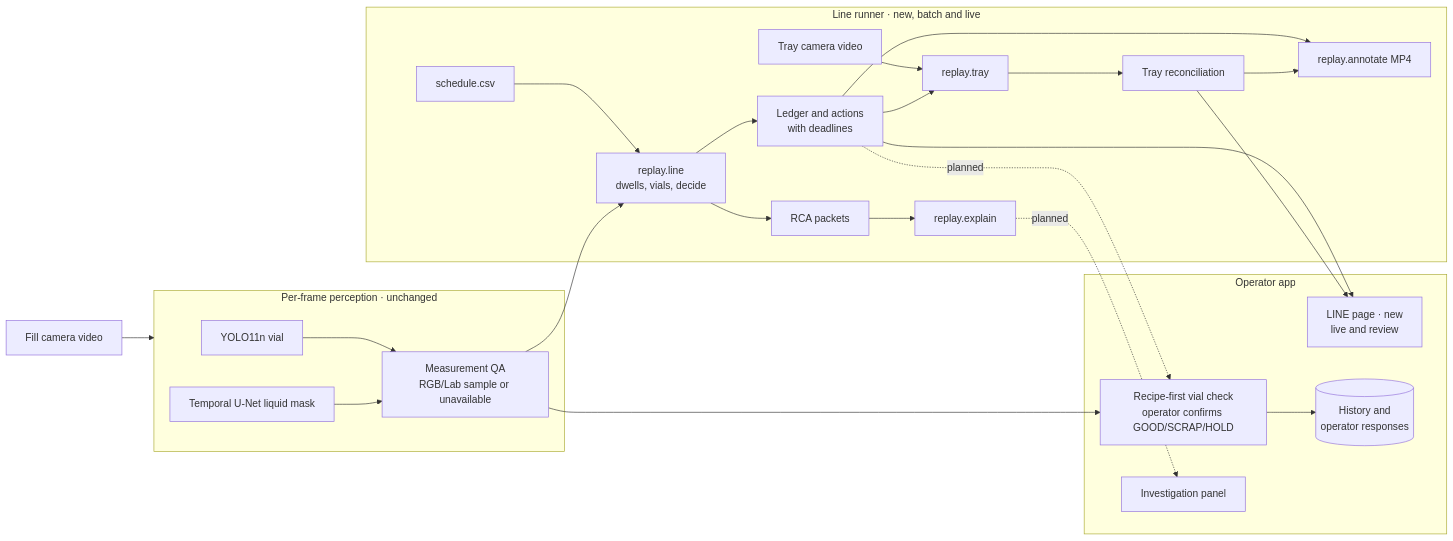
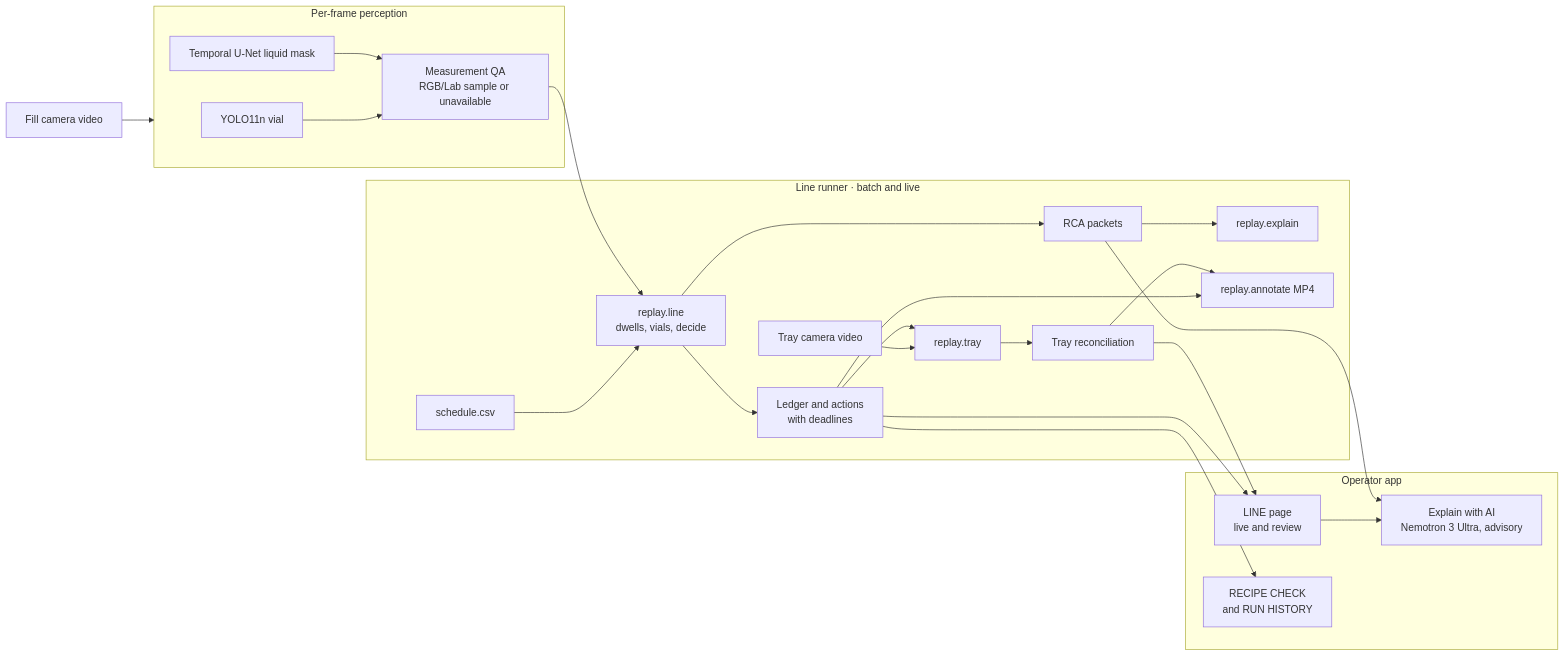
Before and after one commit to ALL-Applied-AI-Network/msoe-ai-club-rockwell-automation-nvidia-hackath-austin-koske-s-team-8e90f213c6: the first of 4 diagrams in docs/architecture.md, drawn with Mermaid. The commit also changed other lines of this file and 11 other files, not shown here.

Commit message:
Docs: one-page executive summary, out-of-spec benchmark, architecture update; slide figures

````diff
--- a/docs/architecture.md
+++ b/docs/architecture.md
@@ -17,28 +18,28 @@
 ```mermaid
 flowchart LR
     FC[Fill camera video] --> PER
-    subgraph PER["Per-frame perception · unchanged"]
+    subgraph PER["Per-frame perception"]
         Y[YOLO11n vial] --> Q[Measurement QA<br/>RGB/Lab sample or unavailable]
         U[Temporal U-Net liquid mask] --> Q
     end
     subgraph APP["Operator app"]
-        LV[LINE page · new<br/>live and review]
-        OP[Recipe-first vial check<br/>operator confirms GOOD/SCRAP/HOLD] --> J[(History and<br/>operator responses)]
-        INV[Investigation panel]
+        LV[LINE page<br/>live and review]
+        RC[RECIPE CHECK<br/>and RUN HISTORY]
+        AI[Explain with AI<br/>Nemotron 3 Ultra, advisory]
     end
-    subgraph LINE["Line runner · new, batch and live"]
+    subgraph LINE["Line runner · batch and live"]
         SCH[schedule.csv] --> LR[replay.line<br/>dwells, vials, decide]
         LR --> L[Ledger and actions<br/>with deadlines]
         LR --> P[RCA packets] --> X[replay.explain]
         TC[Tray camera video] --> T[replay.tray]
         L --> T --> R[Tray reconciliation]
         L --> AN[replay.annotate MP4]
         R --> AN
     end
-    Q --> OP
     Q --> LR
     L --> LV
     R --> LV
-    L -. planned .-> OP
-    X -. planned .-> INV
+    L --> RC
+    LV --> AI
+    P --> AI
 ```
````
